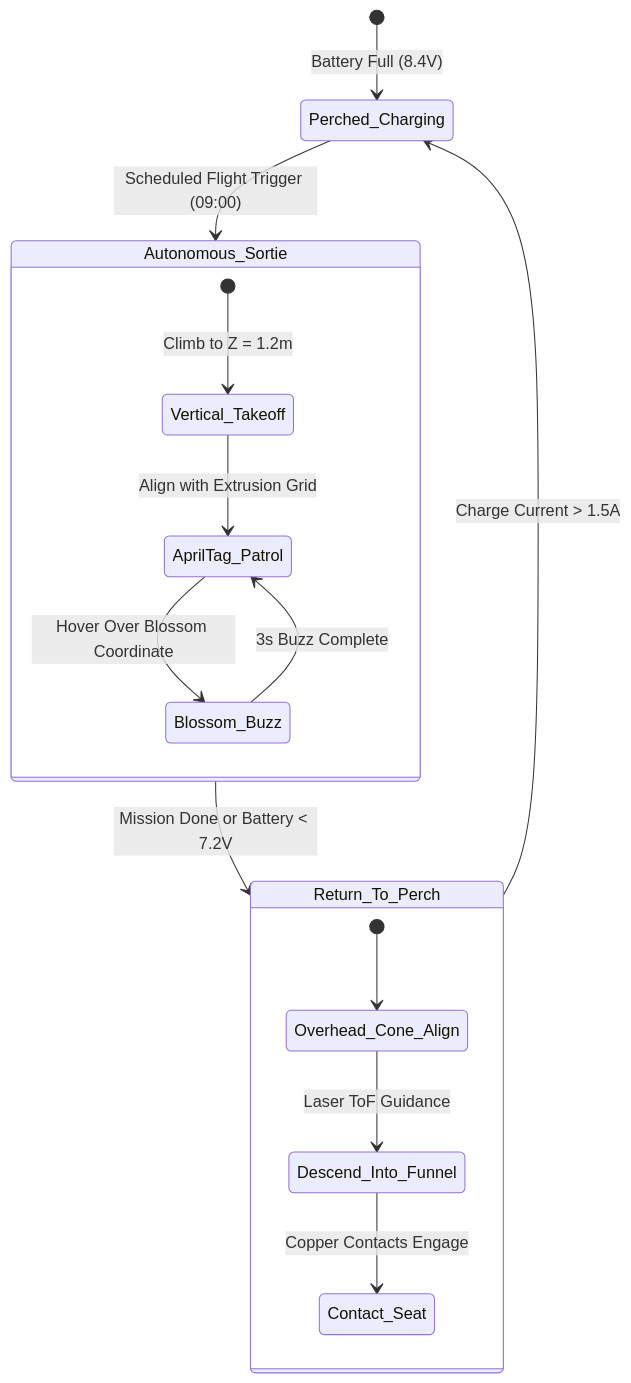
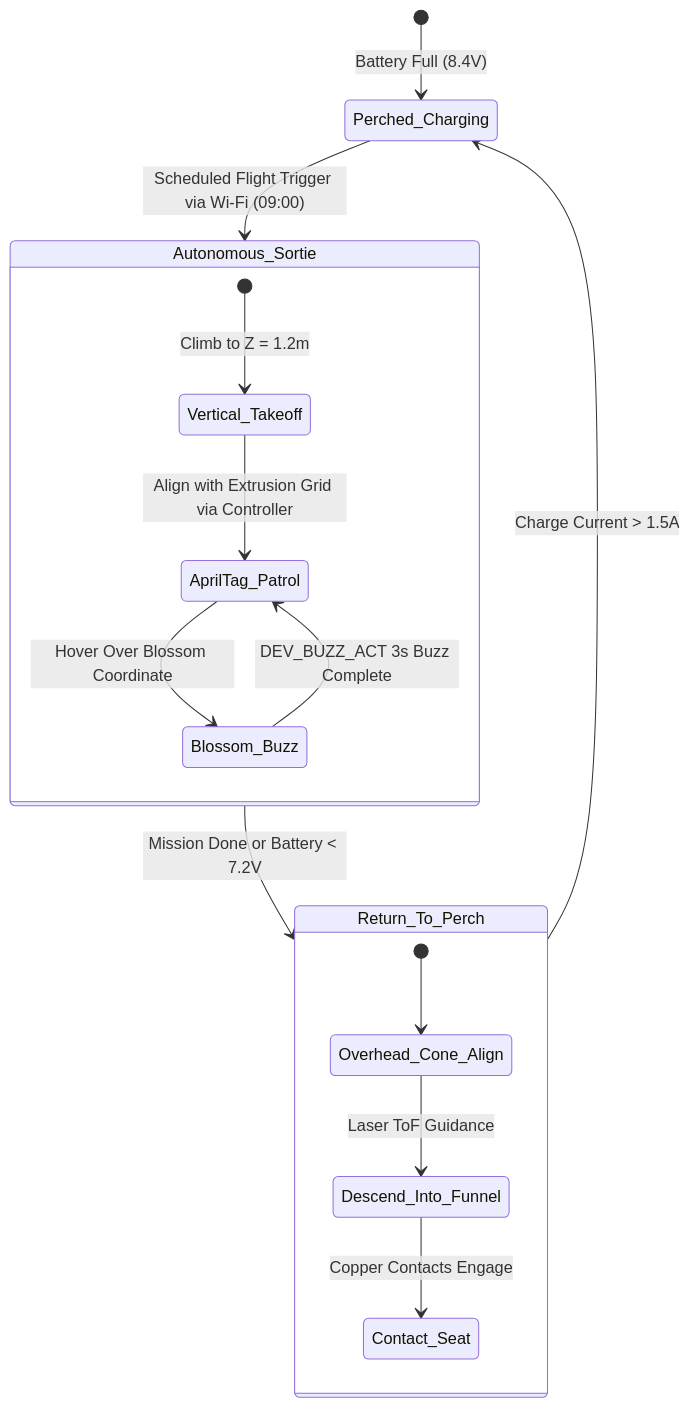
The third of 3 diagrams in src/content/docs/hardware/aerial-pollination-drone.mdx (SamSoupSauce/open-biosphere), drawn with Mermaid before and after one commit. The commit also changed other lines of this file and 13 other files, not shown here.

Commit message:
feat(rfc-0004): implement Controller-Node-Tool (CNT) hierarchical edge architecture across machine catalog

````diff
--- a/src/content/docs/hardware/aerial-pollination-drone.mdx
+++ b/src/content/docs/hardware/aerial-pollination-drone.mdx
@@ -298,22 +317,22 @@
 ```mermaid
 stateDiagram-v2
     [*] --> Perched_Charging: Battery Full (8.4V)
-    Perched_Charging --> Autonomous_Sortie: Scheduled Flight Trigger (09:00)
+    Perched_Charging --> Autonomous_Sortie: Scheduled Flight Trigger via Wi-Fi (09:00)
     
     state Autonomous_Sortie {
         [*] --> Vertical_Takeoff: Climb to Z = 1.2m
-        Vertical_Takeoff --> AprilTag_Patrol: Align with Extrusion Grid
+        Vertical_Takeoff --> AprilTag_Patrol: Align with Extrusion Grid via Controller
         AprilTag_Patrol --> Blossom_Buzz: Hover Over Blossom Coordinate
-        Blossom_Buzz --> AprilTag_Patrol: 3s Buzz Complete
+        Blossom_Buzz --> AprilTag_Patrol: DEV_BUZZ_ACT 3s Buzz Complete
     }
 
     Autonomous_Sortie --> Return_To_Perch: Mission Done or Battery < 7.2V
 
     state Return_To_Perch {
         [*] --> Overhead_Cone_Align
         Overhead_Cone_Align --> Descend_Into_Funnel: Laser ToF Guidance
         Descend_Into_Funnel --> Contact_Seat: Copper Contacts Engage
     }
 
     Return_To_Perch --> Perched_Charging: Charge Current > 1.5A
 ```
````
